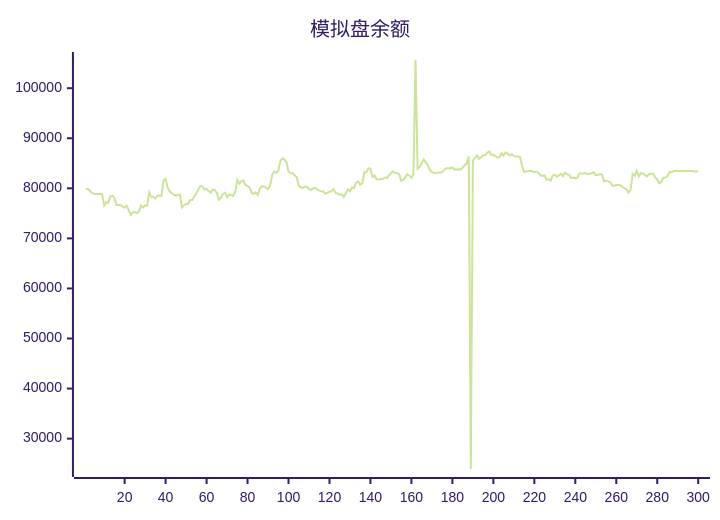
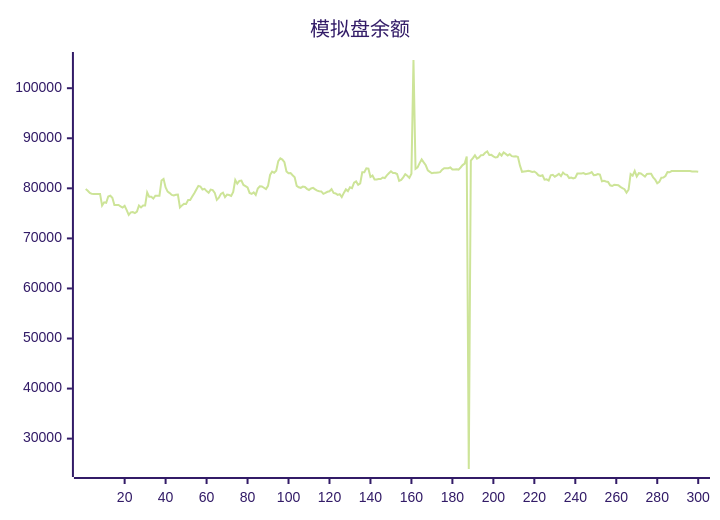
One commit to aahl/ai-trading changed the diagram in README.md. Above: the diagram before and after it, drawn with Mermaid (forest theme). The commit also changed other lines of this file and 1 other file, not shown here.

````diff
--- a/README.md
+++ b/README.md
@@ -5,5 +5,5 @@
 ```mermaid
 xychart
     title "模拟盘余额"
-    line [79850,79850,79518,79071,78889,78850,78850,78878,78878,76554,77202,77103,78357,78510,78106,76678,76677,76672,76411,76159,76485,75656,74695,75197,75246,75052,75334,76564,76179,76553,76551,79196,78300,78300,77944,78531,78531,78521,81564,81884,80160,79335,79055,78675,78580,78708,78764,76179,76586,76902,76876,77658,77669,78346,79023,79769,80497,80366,79761,79896,79448,79126,79749,79658,79097,77695,78114,78888,79126,78249,78738,78653,78478,79271,81680,80923,81488,81527,80681,80455,80190,79084,78879,79193,78686,79954,80403,80374,80118,79848,80491,82665,83351,83098,83525,85430,85983,85737,85221,83378,83014,83043,82613,82216,80477,80208,80081,80348,80277,79894,79670,79965,80093,79786,79542,79406,79371,78893,79087,79304,79406,79841,79072,78978,78696,78846,78272,79085,79787,79442,80198,80031,81120,81379,80718,80985,83214,83212,83993,83921,82270,82547,81776,81776,81866,81866,82158,82061,82596,83000,83408,83041,83050,82858,81503,81691,82188,82812,82517,82092,82901,105633,83898,84180,85030,85781,85178,84604,83569,83298,83008,83093,83107,83175,83228,83729,84025,84017,84019,84177,83775,83762,83785,83738,84160,84639,84939,86370,23934,85548,86046,86599,85942,86161,86622,86664,87115,87369,86666,86685,86384,86152,86243,86969,86548,87164,86885,86566,86809,86427,86348,86417,86273,84538,83299,83369,83430,83490,83404,83270,83362,83056,82605,82459,82614,81734,81788,81551,82598,82702,82320,82580,82878,82426,83139,82778,82686,82056,82166,81963,82110,82951,82983,82984,83038,82838,82915,82998,83235,82642,82682,82858,82746,81396,81512,81362,81277,80600,80461,80699,80673,80616,80288,80038,79836,79142,79722,82837,82533,83480,82366,83032,82960,82654,82330,82883,82934,82901,82188,81728,81005,81298,82110,82135,82449,83264,83203,83440,83439,83440,83440,83446,83447,83448,83447,83448,83449,83369,83369,83369]
+    line [79850,79518,79071,78889,78850,78850,78878,78878,76554,77202,77103,78357,78510,78106,76678,76677,76672,76411,76159,76485,75656,74695,75197,75246,75052,75334,76564,76179,76553,76551,79196,78300,78300,77944,78531,78531,78521,81564,81884,80160,79335,79055,78675,78580,78708,78764,76179,76586,76902,76876,77658,77669,78346,79023,79769,80497,80366,79761,79896,79448,79126,79749,79658,79097,77695,78114,78888,79126,78249,78738,78653,78478,79271,81680,80923,81488,81527,80681,80455,80190,79084,78879,79193,78686,79954,80403,80374,80118,79848,80491,82665,83351,83098,83525,85430,85983,85737,85221,83378,83014,83043,82613,82216,80477,80208,80081,80348,80277,79894,79670,79965,80093,79786,79542,79406,79371,78893,79087,79304,79406,79841,79072,78978,78696,78846,78272,79085,79787,79442,80198,80031,81120,81379,80718,80985,83214,83212,83993,83921,82270,82547,81776,81776,81866,81866,82158,82061,82596,83000,83408,83041,83050,82858,81503,81691,82188,82812,82517,82092,82901,105633,83898,84180,85030,85781,85178,84604,83569,83298,83008,83093,83107,83175,83228,83729,84025,84017,84019,84177,83775,83762,83785,83738,84160,84639,84939,86370,23934,85548,86046,86599,85942,86161,86622,86664,87115,87369,86666,86685,86384,86152,86243,86969,86548,87164,86885,86566,86809,86427,86348,86417,86273,84538,83299,83369,83430,83490,83404,83270,83362,83056,82605,82459,82614,81734,81788,81551,82598,82702,82320,82580,82878,82426,83139,82778,82686,82056,82166,81963,82110,82951,82983,82984,83038,82838,82915,82998,83235,82642,82682,82858,82746,81396,81512,81362,81277,80600,80461,80699,80673,80616,80288,80038,79836,79142,79722,82837,82533,83480,82366,83032,82960,82654,82330,82883,82934,82901,82188,81728,81005,81298,82110,82135,82449,83264,83203,83440,83439,83440,83440,83446,83447,83448,83447,83448,83449,83369,83369,83369,83313]
 ```
````
